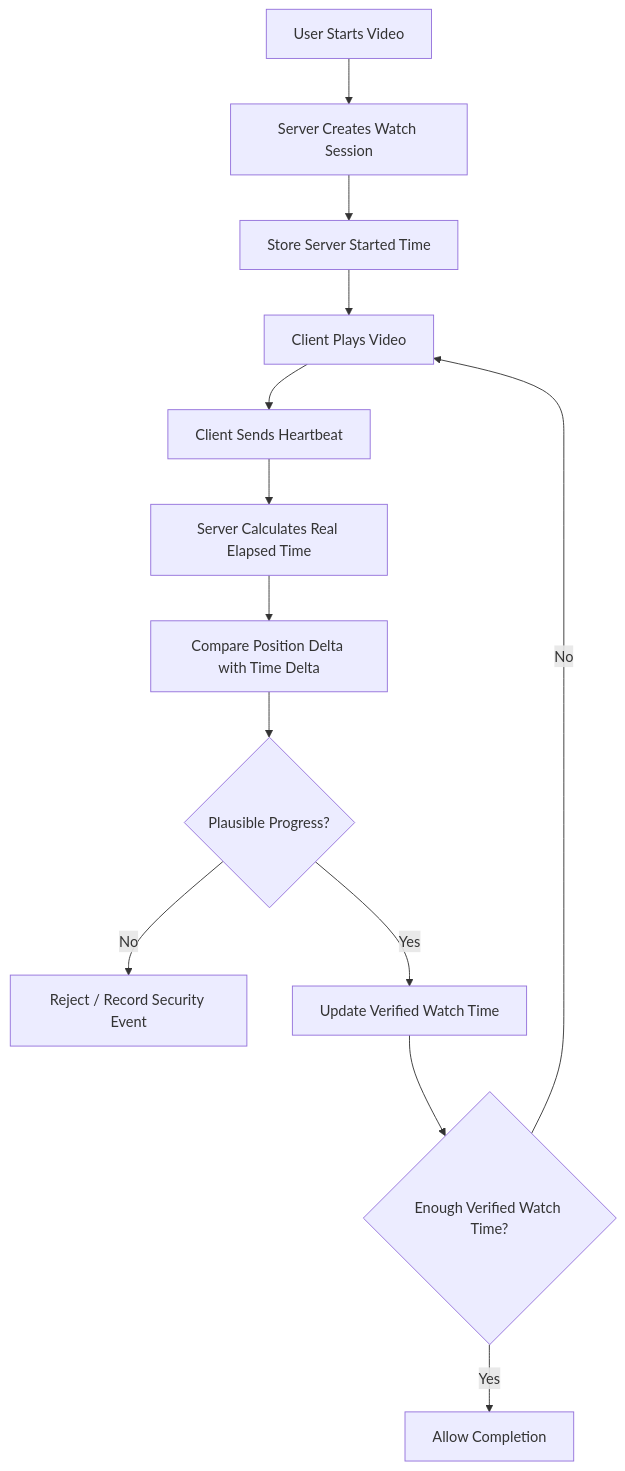
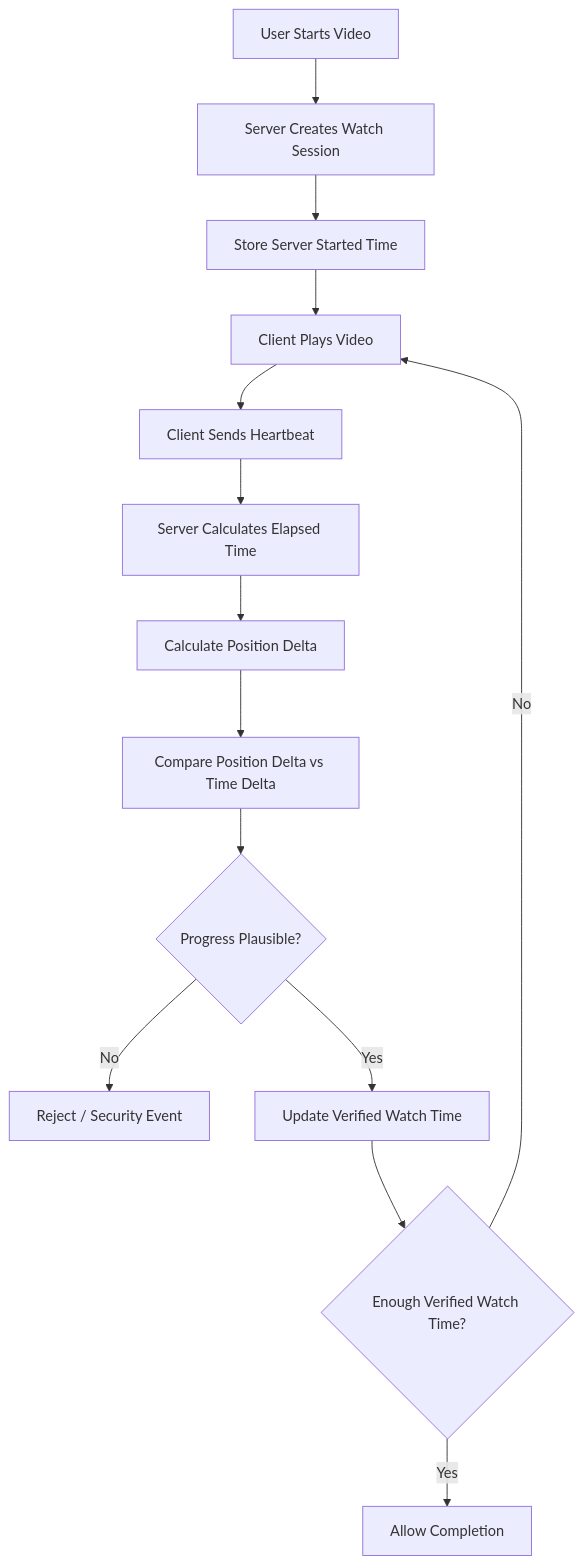
Before and after one commit to ntdotjsx/ovec-bypass: the fourth of 5 diagrams in README.md, drawn with Mermaid. The commit also changed other lines of this file, not shown here.

````diff
--- a/README.md
+++ b/README.md
@@ -264,28 +768,30 @@
 ```mermaid
 flowchart TD
 
     A[User Starts Video]
     --> B[Server Creates Watch Session]
 
     B --> C[Store Server Started Time]
 
     C --> D[Client Plays Video]
 
     D --> E[Client Sends Heartbeat]
 
-    E --> F[Server Calculates Real Elapsed Time]
+    E --> F[Server Calculates Elapsed Time]
 
-    F --> G[Compare Position Delta with Time Delta]
+    F --> G[Calculate Position Delta]
 
-    G --> H{Plausible Progress?}
+    G --> H[Compare Position Delta vs Time Delta]
 
-    H -- No --> I[Reject / Record Security Event]
+    H --> I{Progress Plausible?}
 
-    H -- Yes --> J[Update Verified Watch Time]
+    I -- No --> J[Reject / Security Event]
 
-    J --> K{Enough Verified Watch Time?}
+    I -- Yes --> K[Update Verified Watch Time]
 
-    K -- No --> D
+    K --> L{Enough Verified Watch Time?}
 
-    K -- Yes --> L[Allow Completion]
+    L -- No --> D
+
+    L -- Yes --> M[Allow Completion]
 ```
````
